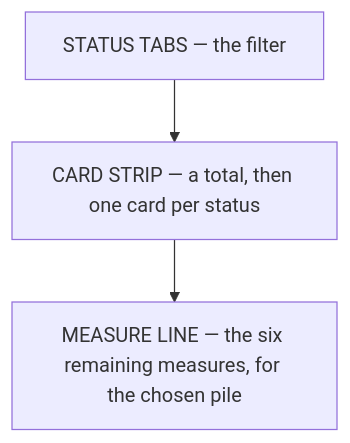
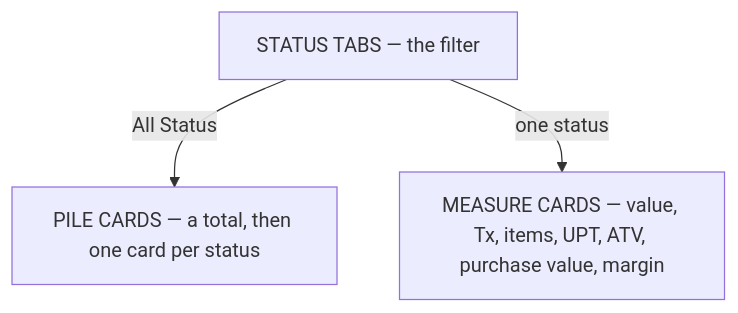
Before and after one commit to pdcgo/warehouse_revamp: the second of 7 diagrams in docs/technical/order/design_clarify.md, drawn with Mermaid. The commit also changed other lines of this file and 62 other files, not shown here.

````diff
--- a/docs/technical/order/design_clarify.md
+++ b/docs/technical/order/design_clarify.md
@@ -52,6 +52,6 @@
 ```mermaid
 flowchart TB
   TAB["STATUS TABS — the filter"]
-  TAB --> STRIP["CARD STRIP — a total, then one card per status"]
-  STRIP --> LINE["MEASURE LINE — the six remaining measures, for the chosen pile"]
+  TAB -->|"All Status"| STRIP["PILE CARDS — a total, then one card per status"]
+  TAB -->|"one status"| MEAS["MEASURE CARDS — value, Tx, items, UPT, ATV, purchase value, margin"]
 ```
````
